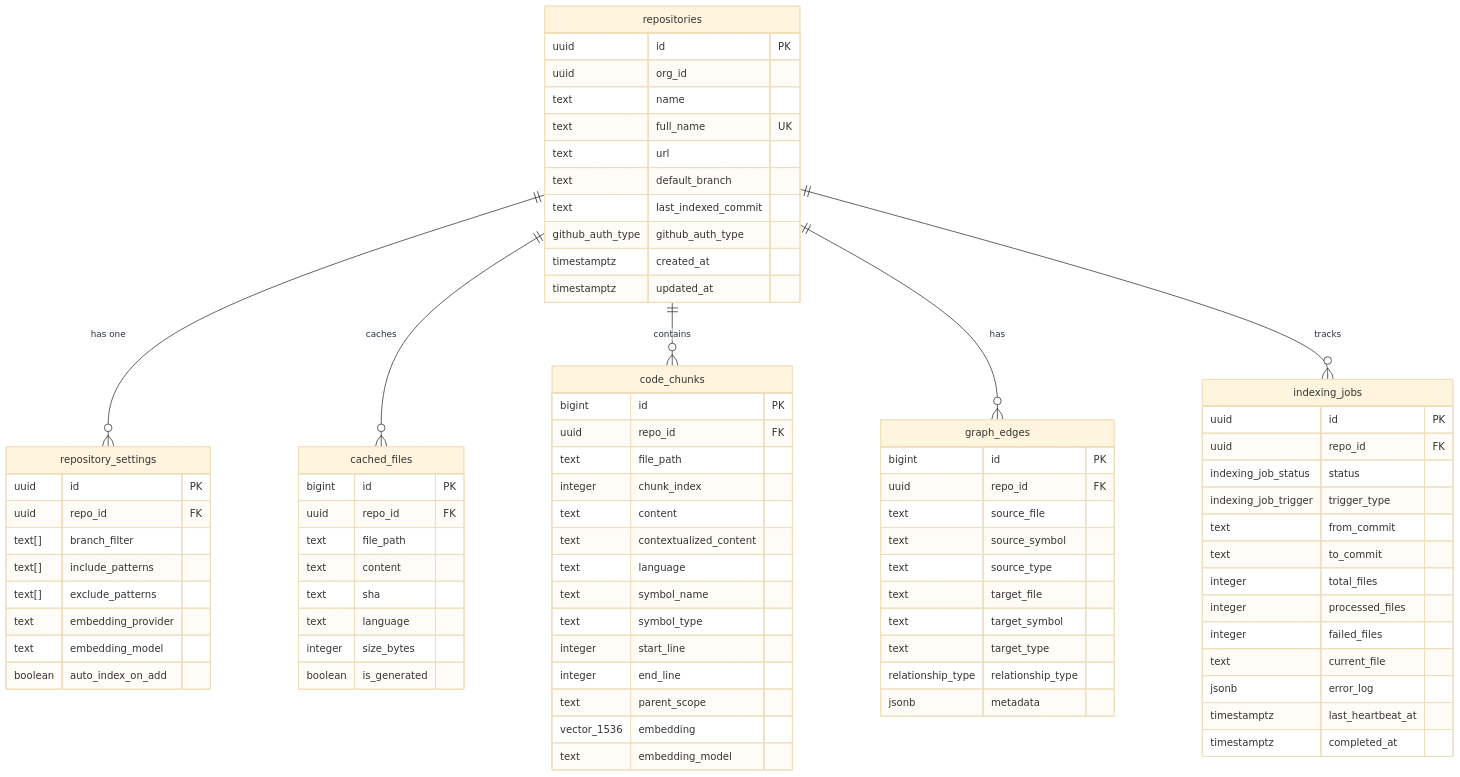
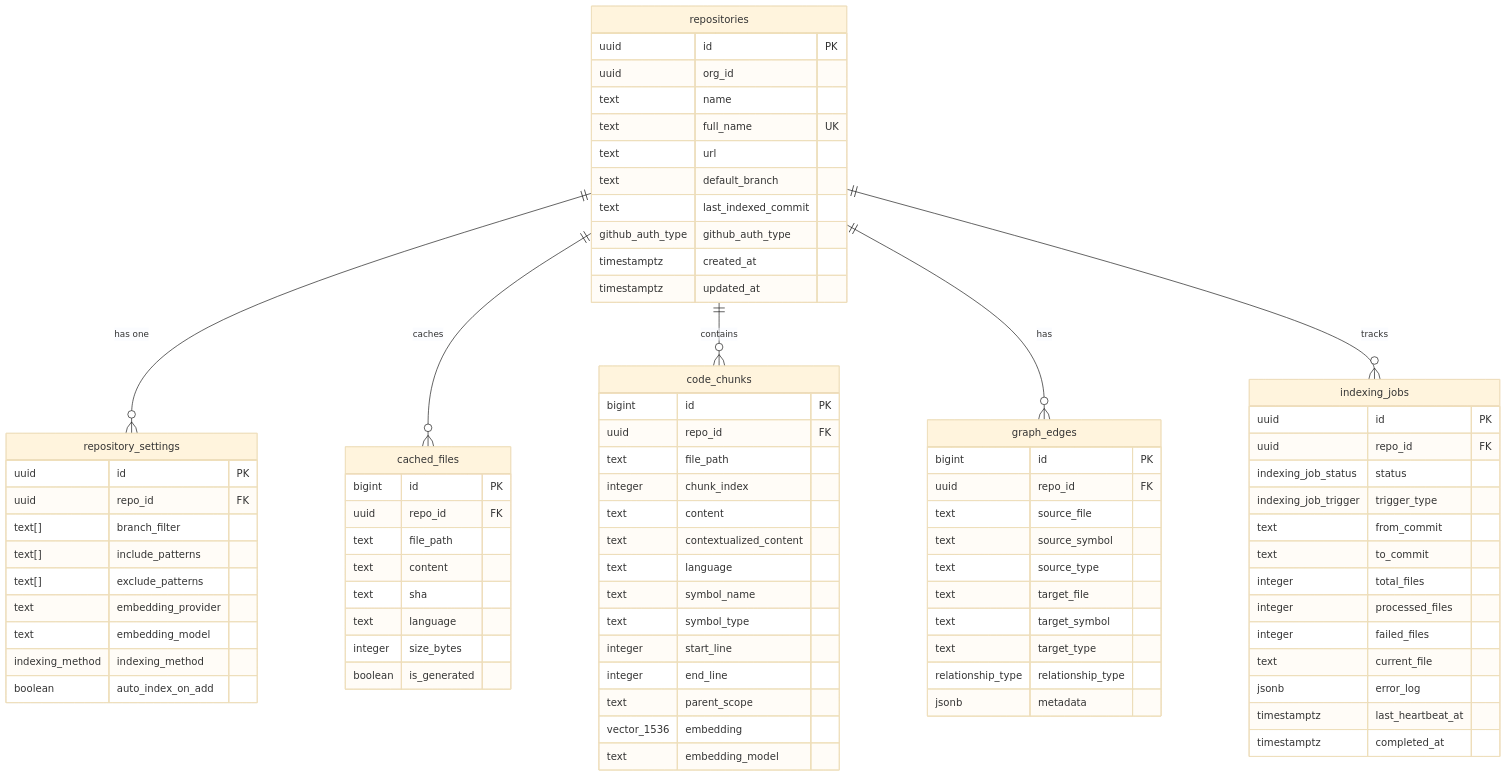
The fourth of 12 diagrams in docs/architecture.md (issmokk/repomind), drawn with Mermaid (base theme) before and after one commit. The commit also changed other lines of this file and 12 other files, not shown here.

First line of the commit message:
feat: wire indexing method selection end-to-end (GAP-1)

```diff
--- a/docs/architecture.md
+++ b/docs/architecture.md
@@ -183,6 +183,7 @@
         text[] exclude_patterns
         text embedding_provider
         text embedding_model
+        indexing_method indexing_method
         boolean auto_index_on_add
     }
 
```
